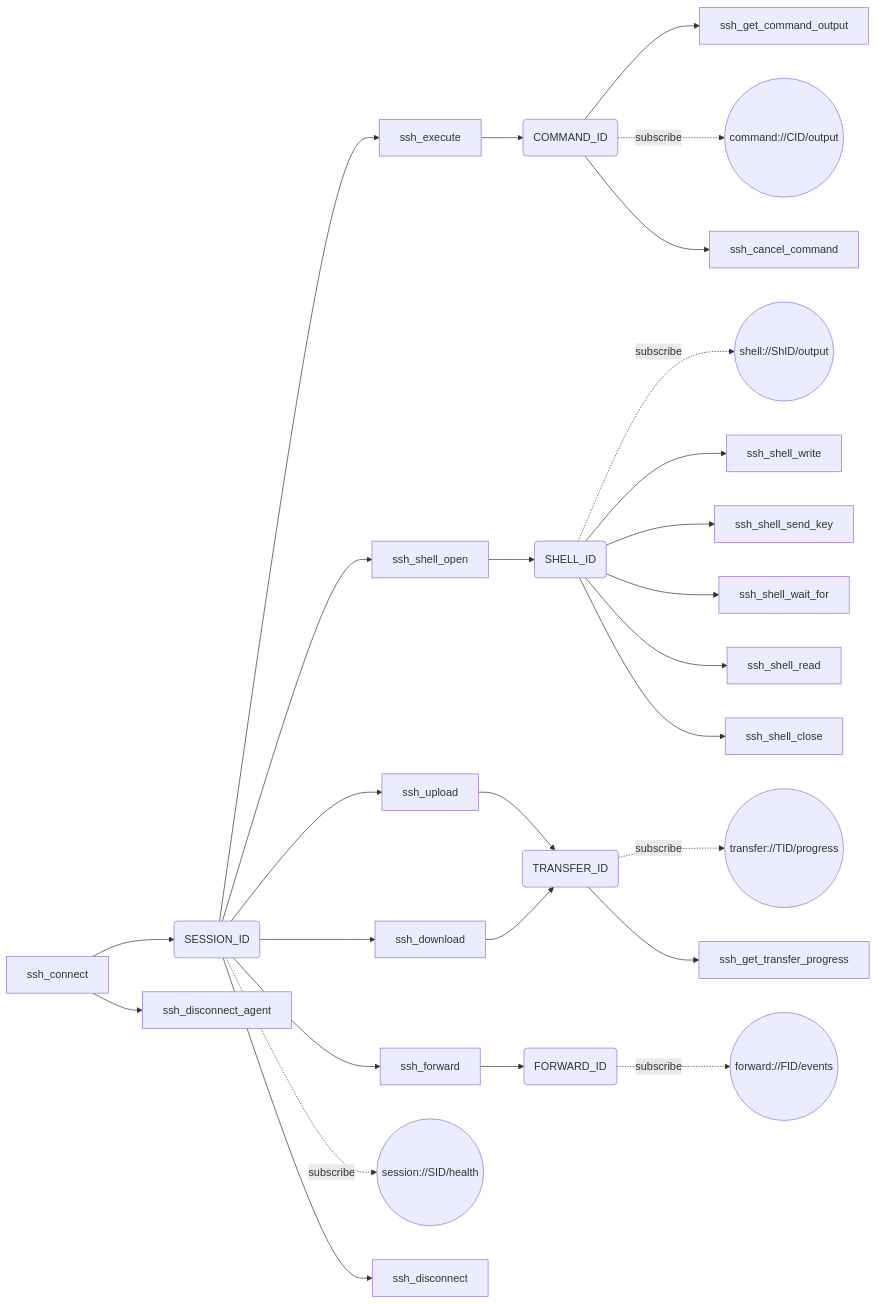
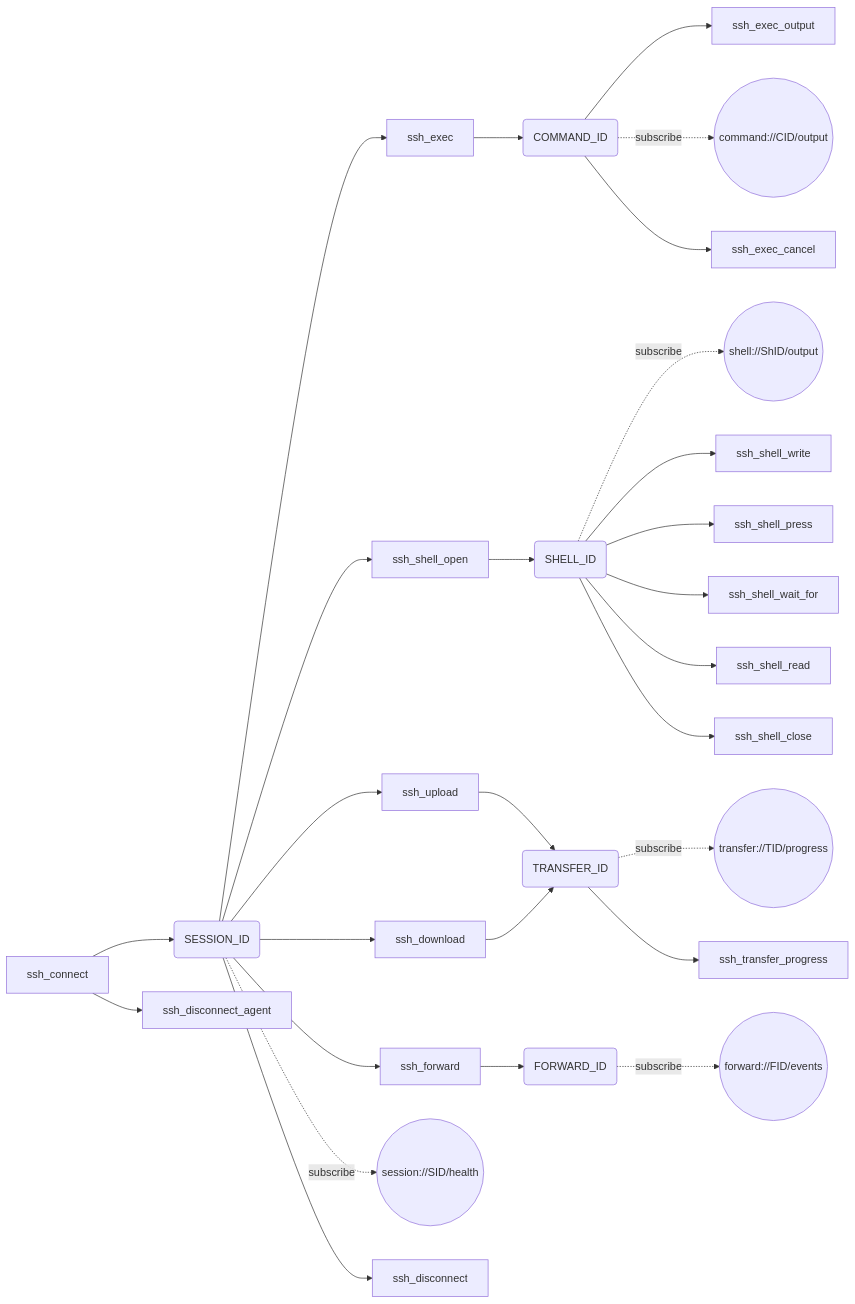
The fourth of 7 diagrams in docs/LLM_GUIDE.md (farchanjo/ssh-mcp), drawn with Mermaid before and after one commit. The commit also changed other lines of this file and 61 other files, not shown here.

````diff
--- a/docs/LLM_GUIDE.md
+++ b/docs/LLM_GUIDE.md
@@ -674,36 +674,36 @@
 ```mermaid
 flowchart LR
     Connect[ssh_connect]
     SID(SESSION_ID)
     Connect --> SID
 
-    SID --> Exec[ssh_execute]
+    SID --> Exec[ssh_exec]
     Exec --> CID(COMMAND_ID)
-    CID --> CmdOut[ssh_get_command_output]
+    CID --> CmdOut[ssh_exec_output]
     CID -.subscribe.-> CmdRes((command://CID/output))
-    CID --> Cancel[ssh_cancel_command]
+    CID --> Cancel[ssh_exec_cancel]
 
     SID --> ShellOpen[ssh_shell_open]
     ShellOpen --> ShID(SHELL_ID)
     ShID -.subscribe.-> ShRes((shell://ShID/output))
     ShID --> ShWrite[ssh_shell_write]
-    ShID --> ShKey[ssh_shell_send_key]
+    ShID --> ShKey[ssh_shell_press]
     ShID --> ShWait[ssh_shell_wait_for]
     ShID --> ShRead[ssh_shell_read]
     ShID --> ShClose[ssh_shell_close]
 
     SID --> Up[ssh_upload]
     SID --> Down[ssh_download]
     Up --> TID(TRANSFER_ID)
     Down --> TID
     TID -.subscribe.-> TRes((transfer://TID/progress))
-    TID --> TPoll[ssh_get_transfer_progress]
+    TID --> TPoll[ssh_transfer_progress]
 
     SID --> Fwd[ssh_forward]
     Fwd --> FID(FORWARD_ID)
     FID -.subscribe.-> FRes((forward://FID/events))
 
     SID -.subscribe.-> SRes((session://SID/health))
     SID --> Disc[ssh_disconnect]
     Connect --> Agent[ssh_disconnect_agent]
 ```
````
